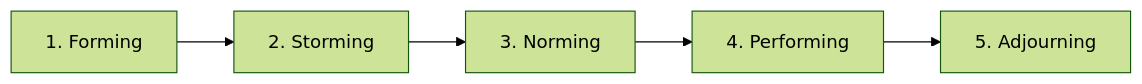
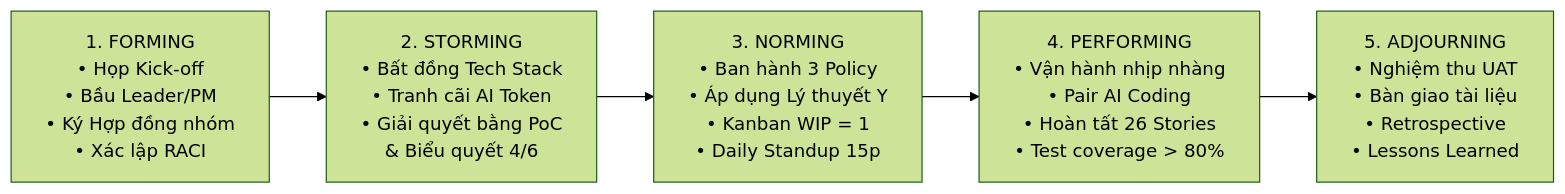
Before and after one commit to se-bros/hcmus-projectmanage--lab: the first of 5 diagrams in final-exam/preparation/6_Team_Monitoring_Risk_Lessons/README.md, drawn with Mermaid (forest theme). The commit also changed other lines of this file, not shown here.

````diff
--- a/final-exam/preparation/6_Team_Monitoring_Risk_Lessons/README.md
+++ b/final-exam/preparation/6_Team_Monitoring_Risk_Lessons/README.md
@@ -80,8 +96,7 @@
 ```mermaid
 flowchart LR
-    %% Tự vẽ sơ đồ 5 giai đoạn Tuckman
-    S1["1. Forming"] --> S2["2. Storming"]
-    S2 --> S3["3. Norming"]
-    S3 --> S4["4. Performing"]
-    S4 --> S5["5. Adjourning"]
+    S1["1. FORMING<br>• Họp Kick-off<br>• Bầu Leader/PM<br>• Ký Hợp đồng nhóm<br>• Xác lập RACI"] --> S2["2. STORMING<br>• Bất đồng Tech Stack<br>• Tranh cãi AI Token<br>• Giải quyết bằng PoC<br>& Biểu quyết 4/6"]
+    S2 --> S3["3. NORMING<br>• Ban hành 3 Policy<br>• Áp dụng Lý thuyết Y<br>• Kanban WIP = 1<br>• Daily Standup 15p"]
+    S3 --> S4["4. PERFORMING<br>• Vận hành nhịp nhàng<br>• Pair AI Coding<br>• Hoàn tất 26 Stories<br>• Test coverage > 80%"]
+    S4 --> S5["5. ADJOURNING<br>• Nghiệm thu UAT<br>• Bàn giao tài liệu<br>• Retrospective<br>• Lessons Learned"]
 ```
````
